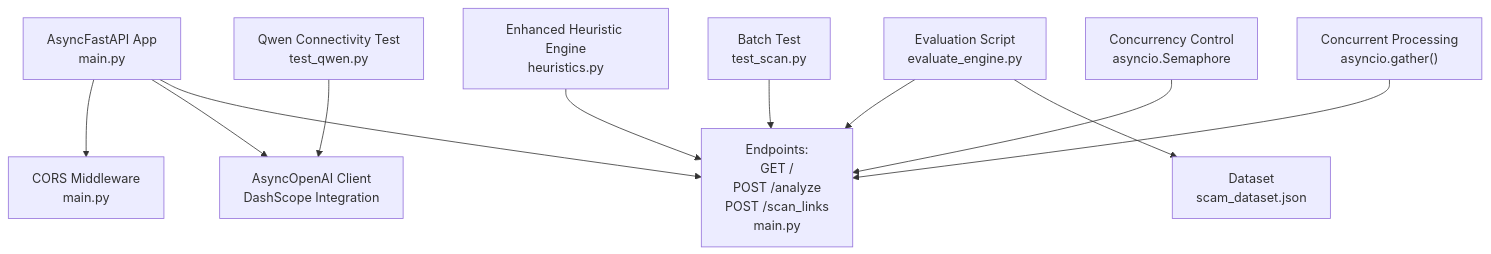
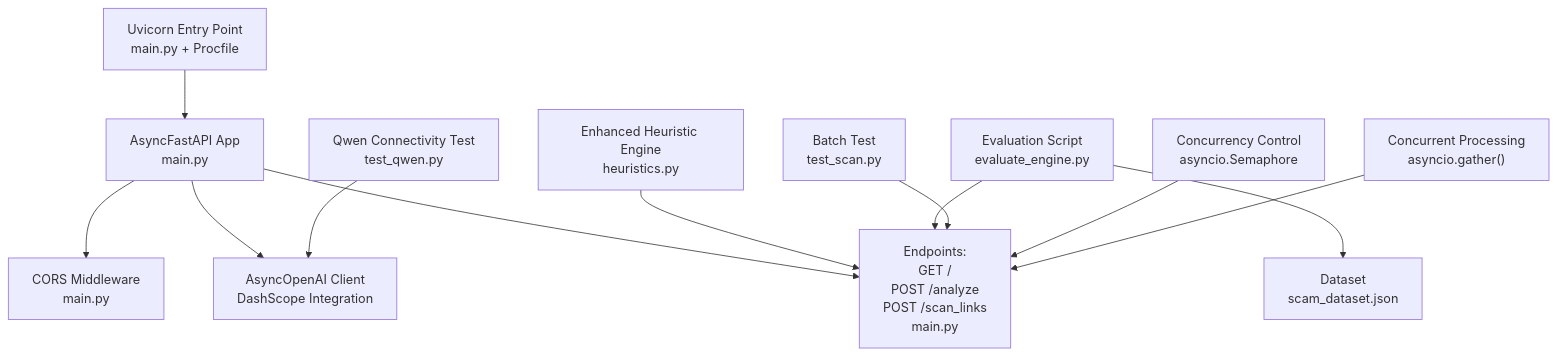
Before and after one commit to Aymanaahh/scrollguard-ai: the first of 5 diagrams in .qoder/repowiki/en/content/Backend API Documentation.md, drawn with Mermaid. The commit also changed other lines of this file and 34 other files, not shown here.

````diff
--- a/.qoder/repowiki/en/content/Backend API Documentation.md
+++ b/.qoder/repowiki/en/content/Backend API Documentation.md
@@ -48,13 +50,14 @@
 ```mermaid
 graph TB
 A["AsyncFastAPI App<br/>main.py"] --> B["CORS Middleware<br/>main.py"]
 A --> C["AsyncOpenAI Client<br/>DashScope Integration"]
 A --> D["Endpoints:<br/>GET /<br/>POST /analyze<br/>POST /scan_links<br/>main.py"]
 E["Enhanced Heuristic Engine<br/>heuristics.py"] --> D
 F["Evaluation Script<br/>evaluate_engine.py"] --> D
 F --> G["Dataset<br/>scam_dataset.json"]
 H["Batch Test<br/>test_scan.py"] --> D
 I["Qwen Connectivity Test<br/>test_qwen.py"] --> C
 J["Concurrency Control<br/>asyncio.Semaphore"] --> D
 K["Concurrent Processing<br/>asyncio.gather()"] --> D
+L["Uvicorn Entry Point<br/>main.py + Procfile"] --> A
 ```
````
